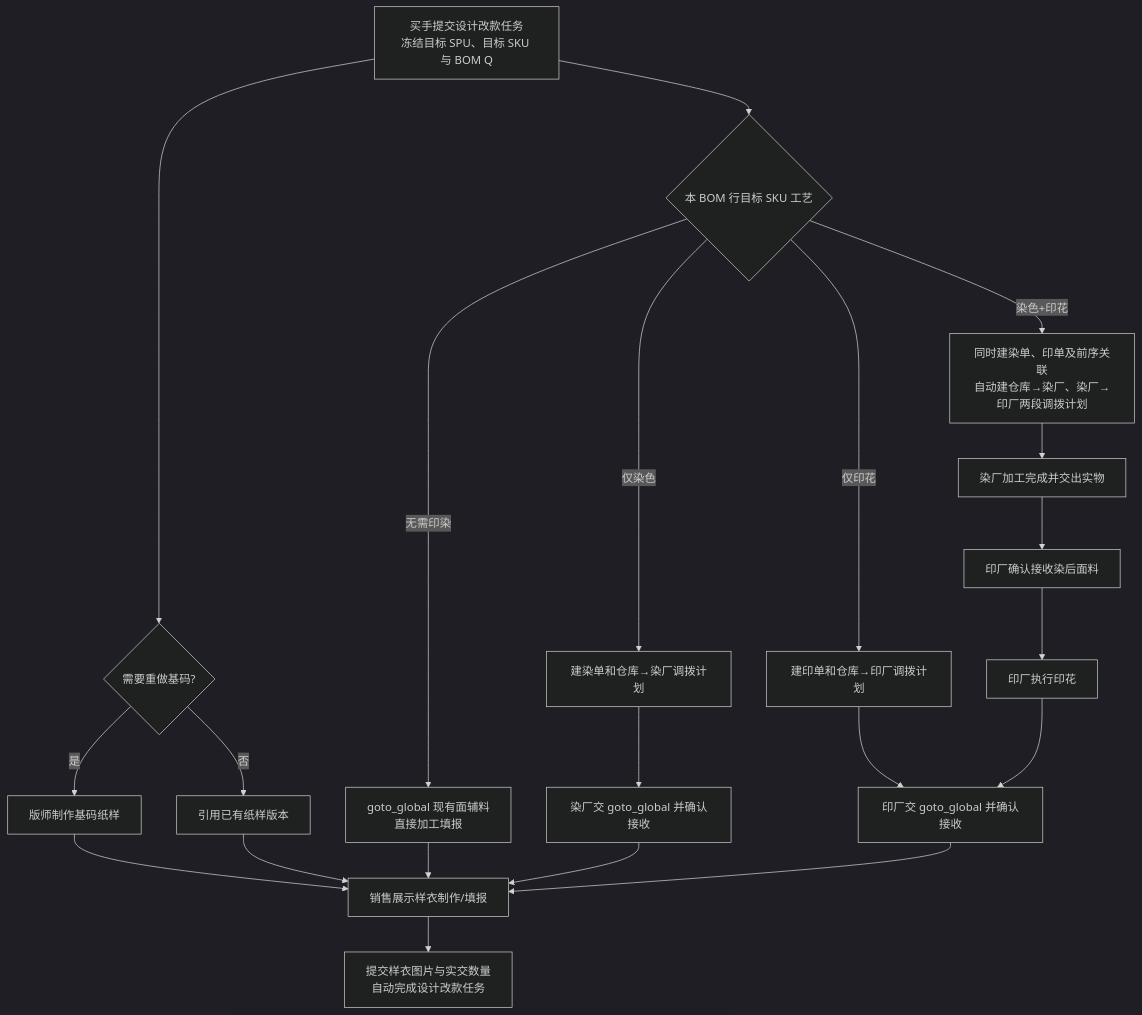
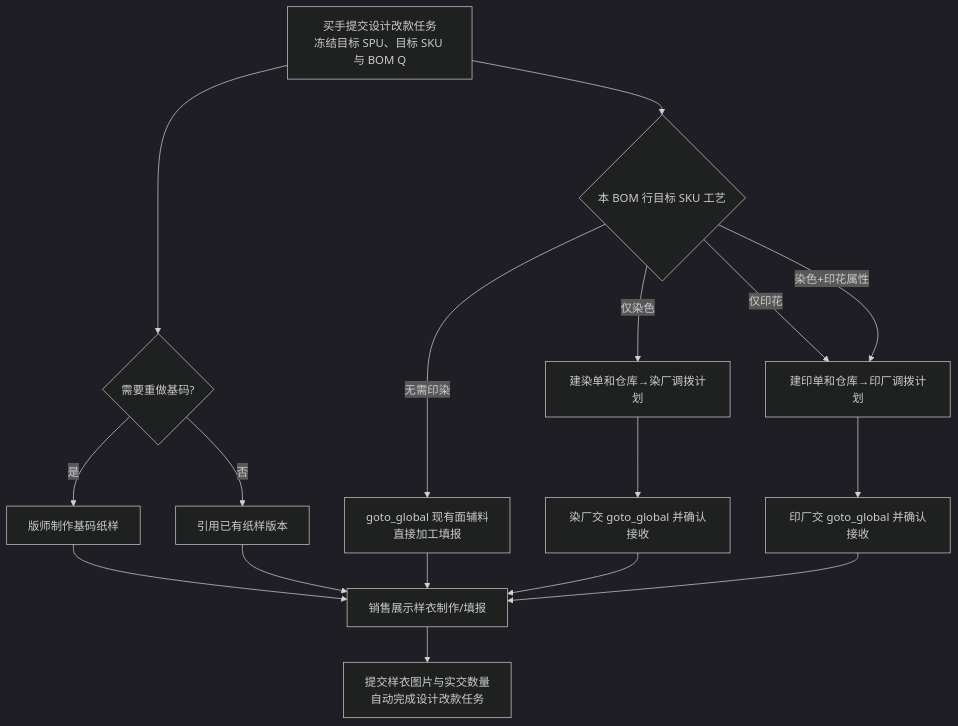
One commit to laoertongxue/higoods changed the first of 3 diagrams in docs/product-design/PCS设计改款任务产品调整方案-2026-09-23.md. Above: the diagram before and after it, drawn with Mermaid (dark theme). The commit also changed other lines of this file and 17 other files, not shown here.

````diff
--- a/docs/product-design/PCS设计改款任务产品调整方案-2026-09-23.md
+++ b/docs/product-design/PCS设计改款任务产品调整方案-2026-09-23.md
@@ -67,23 +67,19 @@
 ```mermaid
 flowchart TD
   A[买手提交设计改款任务<br/>冻结目标 SPU、目标 SKU 与 BOM Q] --> P{需要重做基码?}
   P -->|是| B[版师制作基码纸样]
   P -->|否| BR[引用已有纸样版本]
   A --> M{本 BOM 行目标 SKU 工艺}
   M -->|无需印染| N[goto_global 现有面辅料<br/>直接加工填报]
   M -->|仅染色| D[建染单和仓库→染厂调拨计划]
   M -->|仅印花| I[建印单和仓库→印厂调拨计划]
-  M -->|染色+印花| DP[同时建染单、印单及前序关联<br/>自动建仓库→染厂、染厂→印厂两段调拨计划]
-  DP --> D2[染厂加工完成并交出实物]
-  D2 --> R2[印厂确认接收染后面料]
-  R2 --> I2[印厂执行印花]
+  M -->|染色+印花属性| I
   D --> GD[染厂交 goto_global 并确认接收]
   I --> GI[印厂交 goto_global 并确认接收]
-  I2 --> GI
   B --> S[销售展示样衣制作/填报]
   BR --> S
   N --> S
   GD --> S
   GI --> S
   S --> Z[提交样衣图片与实交数量<br/>自动完成设计改款任务]
 ```
````
